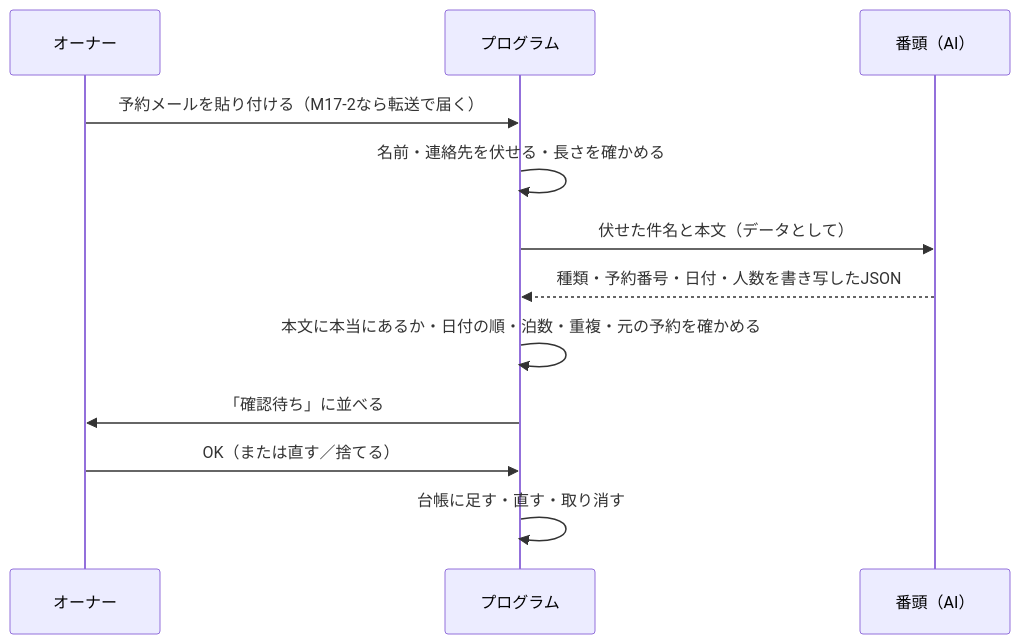
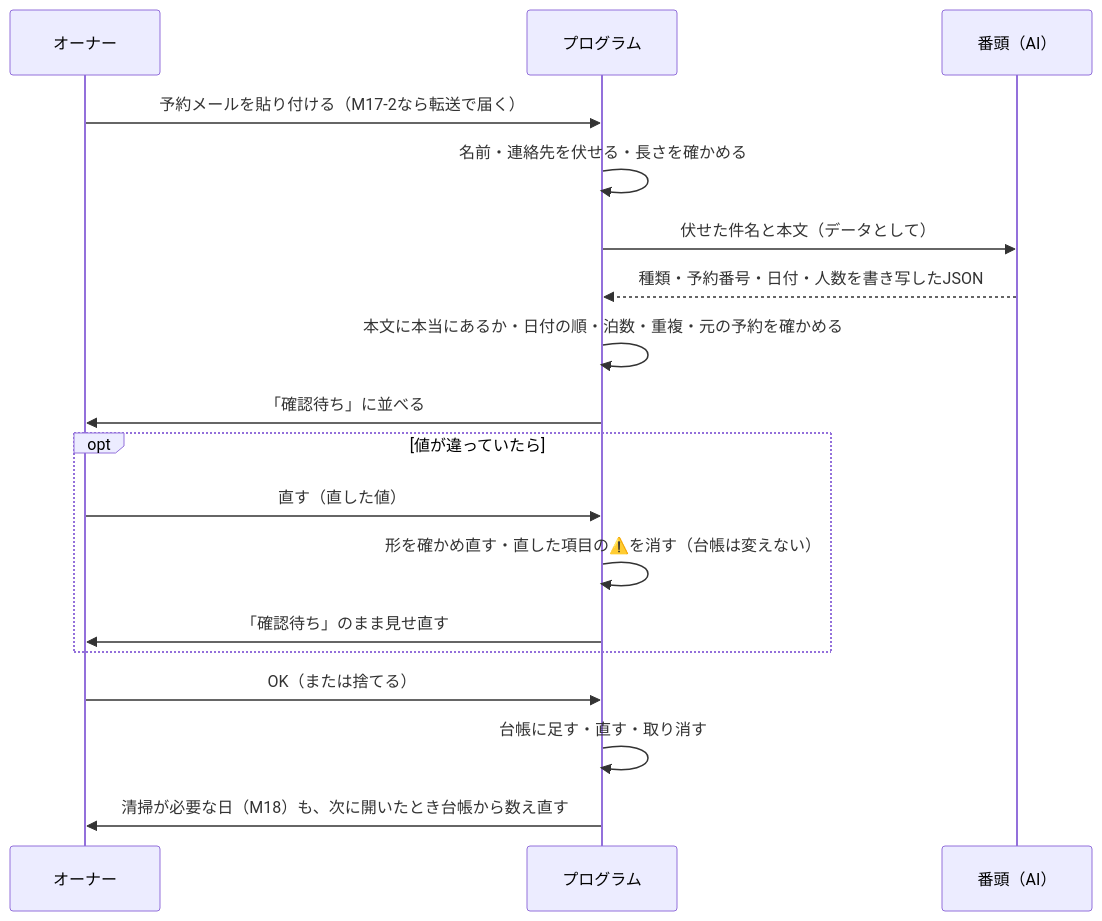
One commit to Daisuke000017/ai-banto changed the second of 2 diagrams in docs/03_処理の分担表.md. Above: the diagram before and after it, drawn with Mermaid. The commit also changed other lines of this file and 2 other files, not shown here.

````diff
--- a/docs/03_処理の分担表.md
+++ b/docs/03_処理の分担表.md
@@ -128,15 +137,21 @@
 ```mermaid
 sequenceDiagram
   participant O as オーナー
   participant P as プログラム
   participant B as 番頭（AI）
 
   O->>P: 予約メールを貼り付ける（M17-2なら転送で届く）
   P->>P: 名前・連絡先を伏せる・長さを確かめる
   P->>B: 伏せた件名と本文（データとして）
   B-->>P: 種類・予約番号・日付・人数を書き写したJSON
   P->>P: 本文に本当にあるか・日付の順・泊数・重複・元の予約を確かめる
   P->>O: 「確認待ち」に並べる
-  O->>P: OK（または直す／捨てる）
+  opt 値が違っていたら
+    O->>P: 直す（直した値）
+    P->>P: 形を確かめ直す・直した項目の⚠️を消す（台帳は変えない）
+    P->>O: 「確認待ち」のまま見せ直す
+  end
+  O->>P: OK（または捨てる）
   P->>P: 台帳に足す・直す・取り消す
+  P->>O: 清掃が必要な日（M18）も、次に開いたとき台帳から数え直す
 ```
````
